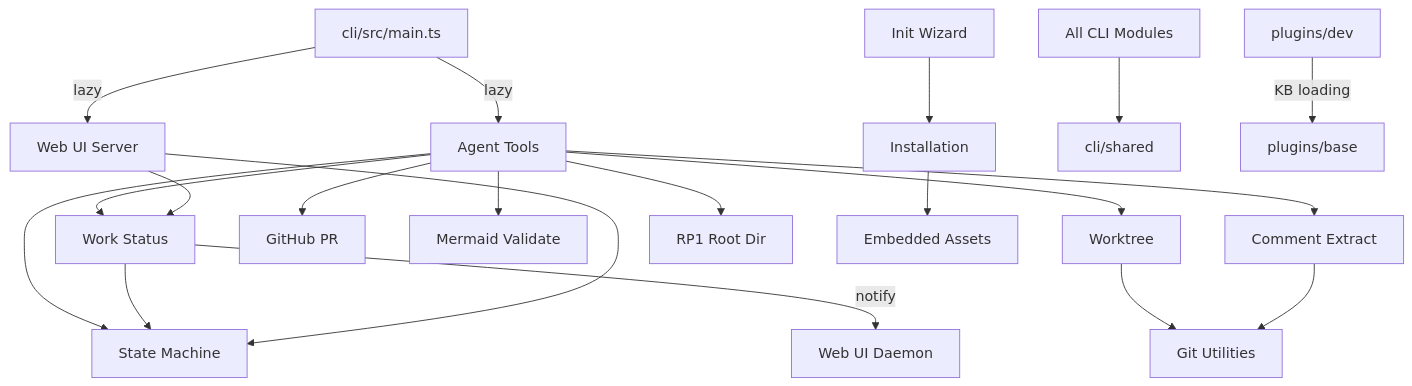
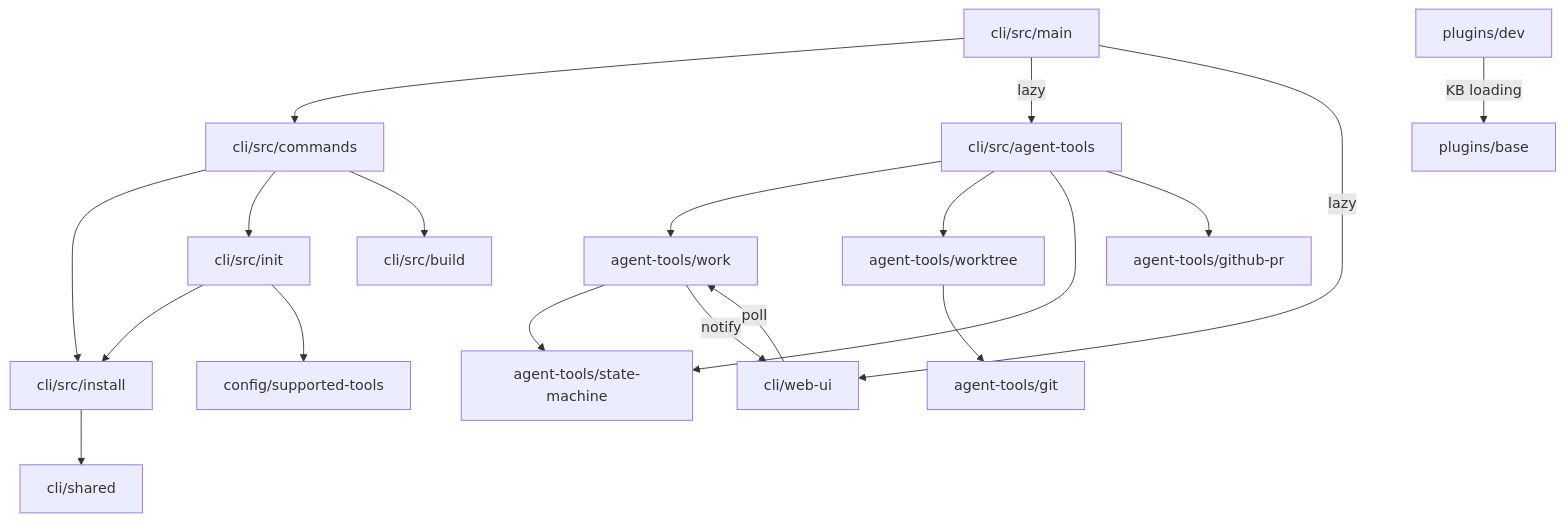
The diagram in .rp1/context/modules.md (rp1-run/rp1), drawn with Mermaid before and after one commit. The commit also changed other lines of this file and 62 other files, not shown here.

````diff
--- a/.rp1/context/modules.md
+++ b/.rp1/context/modules.md
@@ -97,22 +101,26 @@
 ```mermaid
 graph TD
-    Main[cli/src/main.ts] -->|lazy| AT[Agent Tools]
-    Main -->|lazy| WebUI[Web UI Server]
-    AT --> Work[Work Status]
-    AT --> WT[Worktree]
-    AT --> SM[State Machine]
-    AT --> PR[GitHub PR]
-    AT --> MMD[Mermaid Validate]
-    AT --> CE[Comment Extract]
-    AT --> RD[RP1 Root Dir]
+    Main[cli/src/main] --> Commands[cli/src/commands]
+    Main -->|lazy| AgentTools[cli/src/agent-tools]
+    Main -->|lazy| WebUI[cli/web-ui]
+
+    Commands --> Install[cli/src/install]
+    Commands --> Init[cli/src/init]
+    Commands --> Build[cli/src/build]
+
+    AgentTools --> Work[agent-tools/work]
+    AgentTools --> Worktree[agent-tools/worktree]
+    AgentTools --> SM[agent-tools/state-machine]
+    AgentTools --> GitPR[agent-tools/github-pr]
+
     Work --> SM
-    Work -->|notify| Daemon[Web UI Daemon]
-    WebUI --> Work
-    WebUI --> SM
-    WT --> Git[Git Utilities]
-    CE --> Git
-    Init[Init Wizard] --> Install[Installation]
-    Install --> Assets[Embedded Assets]
-    All[All CLI Modules] --> Shared[cli/shared]
+    Work -->|notify| WebUI
+    Worktree --> Git[agent-tools/git]
+    Install --> Shared[cli/shared]
+    Init --> Install
+    Init --> ToolDetect[config/supported-tools]
+
+    WebUI -->|poll| Work
+
     DevPlugin[plugins/dev] -->|KB loading| BasePlugin[plugins/base]
 ```
````
